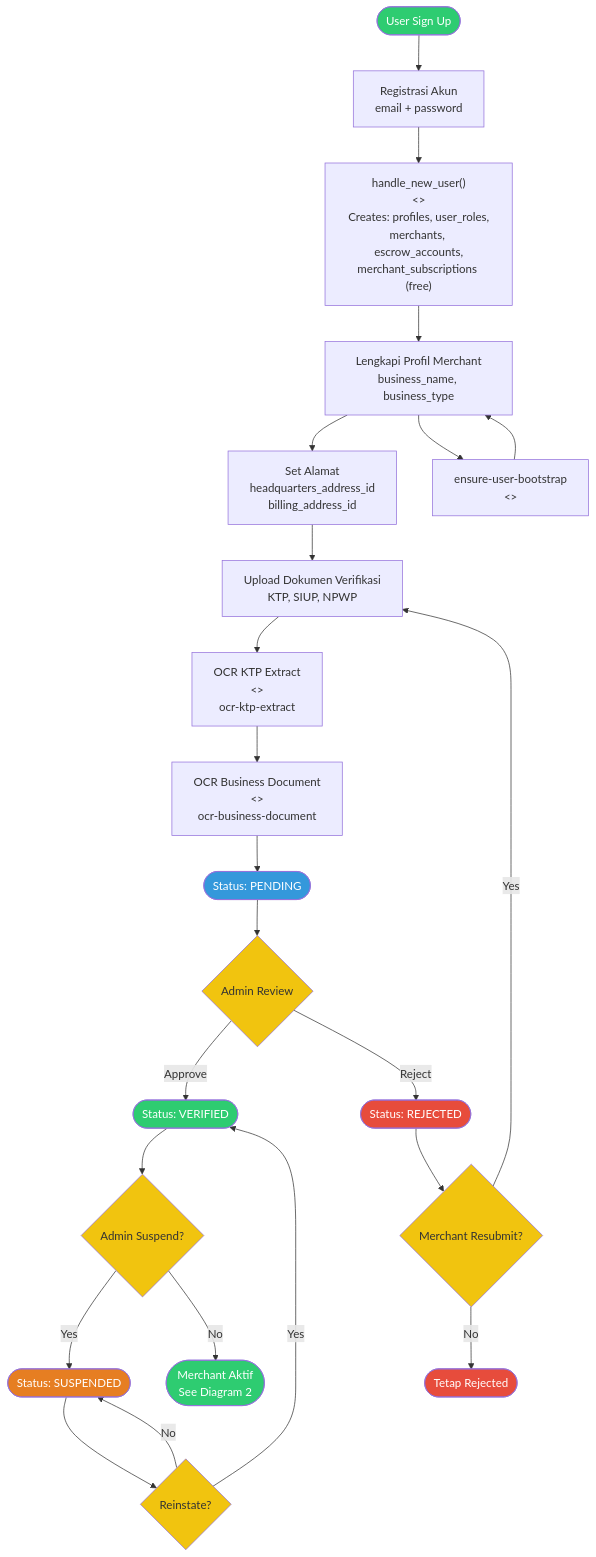
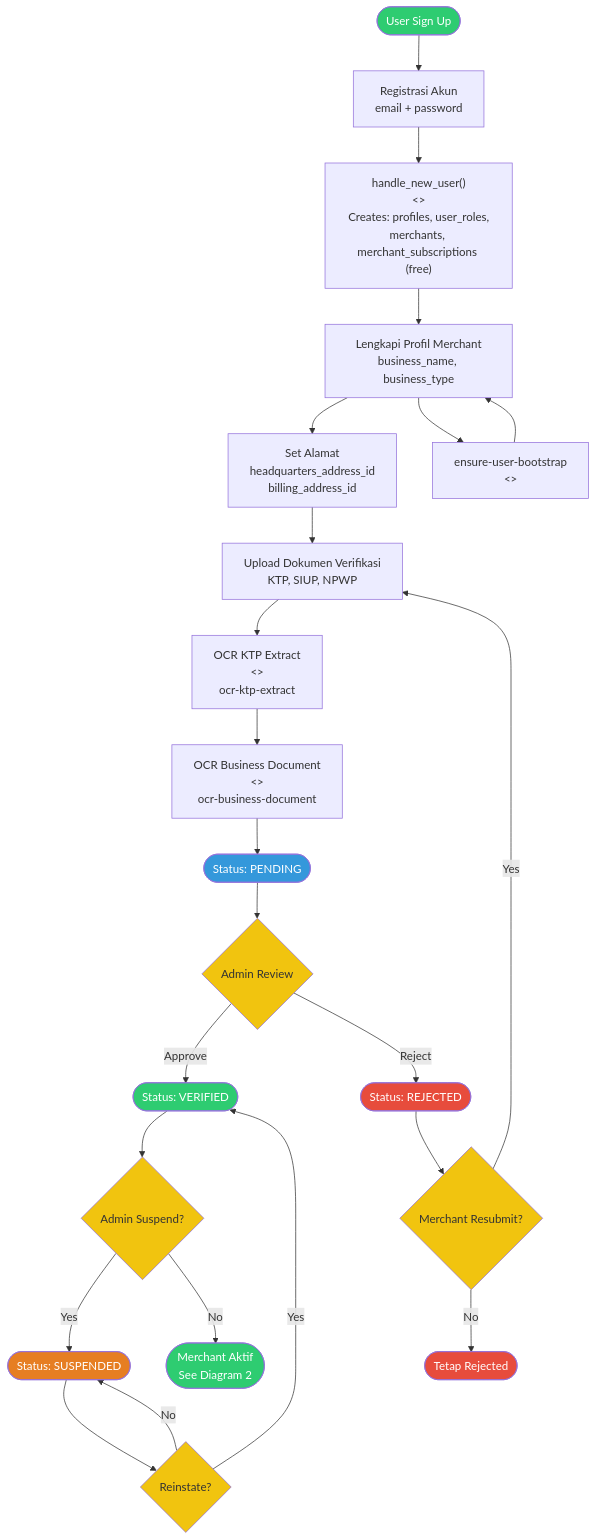
The first of 24 diagrams in old-docs/merchant_activity_diagram.md (itsramaa/Sistem-Hunian), drawn with Mermaid before and after one commit. The commit also changed other lines of this file and 3 other files, not shown here.

````diff
--- a/old-docs/merchant_activity_diagram.md
+++ b/old-docs/merchant_activity_diagram.md
@@ -61,41 +61,41 @@
 ```mermaid
 flowchart TD
     START([User Sign Up]) --> REG[Registrasi Akun<br/>email + password]
-    REG --> TRIGGER_NEW["handle_new_user()<br/><<trigger>><br/>Creates: profiles, user_roles,<br/>merchants, escrow_accounts,<br/>merchant_subscriptions (free)"]
+    REG --> TRIGGER_NEW["handle_new_user()<br/><<trigger>><br/>Creates: profiles, user_roles,<br/>merchants, merchant_subscriptions (free)"]
     TRIGGER_NEW --> PROFILE[Lengkapi Profil Merchant<br/>business_name, business_type]
     PROFILE --> ADDR[Set Alamat<br/>headquarters_address_id<br/>billing_address_id]
     ADDR --> UPLOAD[Upload Dokumen Verifikasi<br/>KTP, SIUP, NPWP]
     UPLOAD --> OCR_KTP["OCR KTP Extract<br/><<edge function>><br/>ocr-ktp-extract"]
     OCR_KTP --> OCR_BIZ["OCR Business Document<br/><<edge function>><br/>ocr-business-document"]
     OCR_BIZ --> PENDING([Status: PENDING])
 
     PENDING --> ADMIN_REVIEW{Admin Review}
     ADMIN_REVIEW -->|Approve| VERIFIED([Status: VERIFIED])
     ADMIN_REVIEW -->|Reject| REJECTED([Status: REJECTED])
 
     REJECTED --> RESUBMIT{Merchant Resubmit?}
     RESUBMIT -->|Yes| UPLOAD
     RESUBMIT -->|No| REJECTED_END([Tetap Rejected])
 
     VERIFIED --> SUSPEND_CHECK{Admin Suspend?}
     SUSPEND_CHECK -->|Yes| SUSPENDED([Status: SUSPENDED])
     SUSPEND_CHECK -->|No| ACTIVE_MERCHANT([Merchant Aktif<br/>See Diagram 2])
     SUSPENDED --> REINSTATE{Reinstate?}
     REINSTATE -->|Yes| VERIFIED
     REINSTATE -->|No| SUSPENDED
 
     PROFILE --> BOOTSTRAP["ensure-user-bootstrap<br/><<edge function>>"]
     BOOTSTRAP --> PROFILE
 
     style START fill:#2ecc71,color:#fff
     style VERIFIED fill:#2ecc71,color:#fff
     style ACTIVE_MERCHANT fill:#2ecc71,color:#fff
     style REJECTED fill:#e74c3c,color:#fff
     style REJECTED_END fill:#e74c3c,color:#fff
     style SUSPENDED fill:#e67e22,color:#fff
     style PENDING fill:#3498db,color:#fff
     style ADMIN_REVIEW fill:#f1c40f,color:#333
     style RESUBMIT fill:#f1c40f,color:#333
     style SUSPEND_CHECK fill:#f1c40f,color:#333
     style REINSTATE fill:#f1c40f,color:#333
 ```
````
